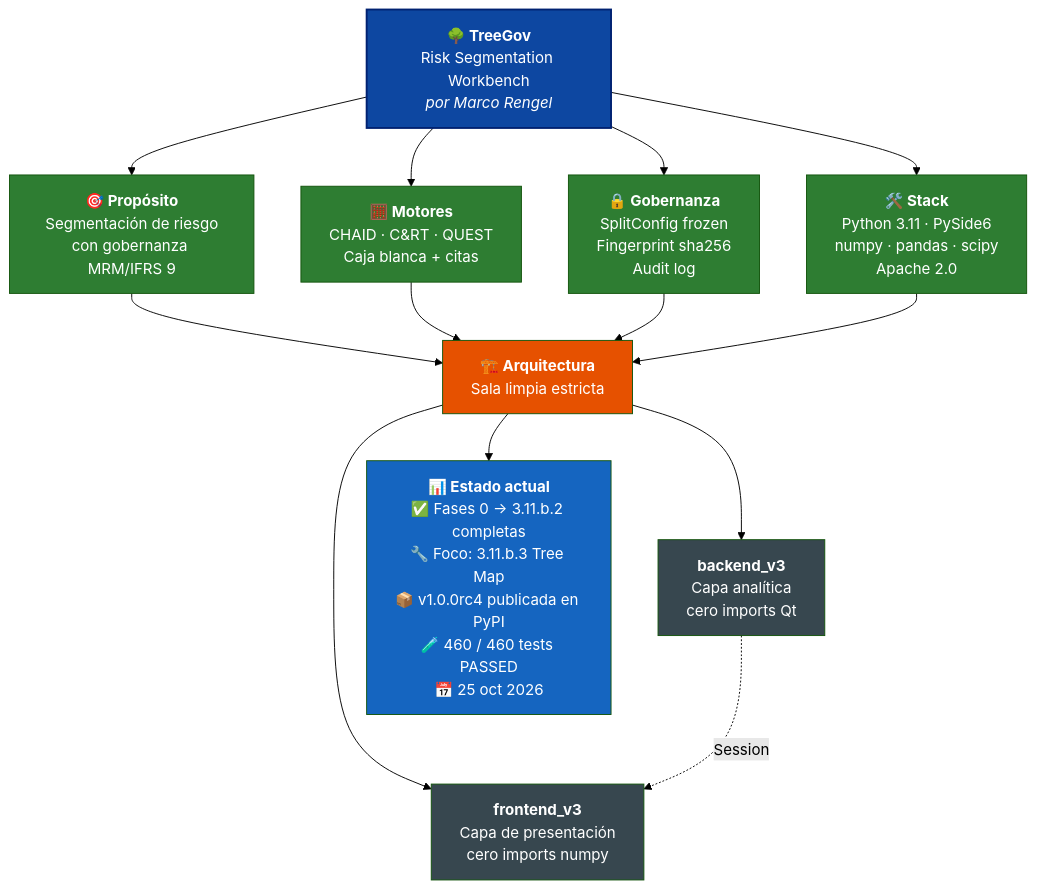
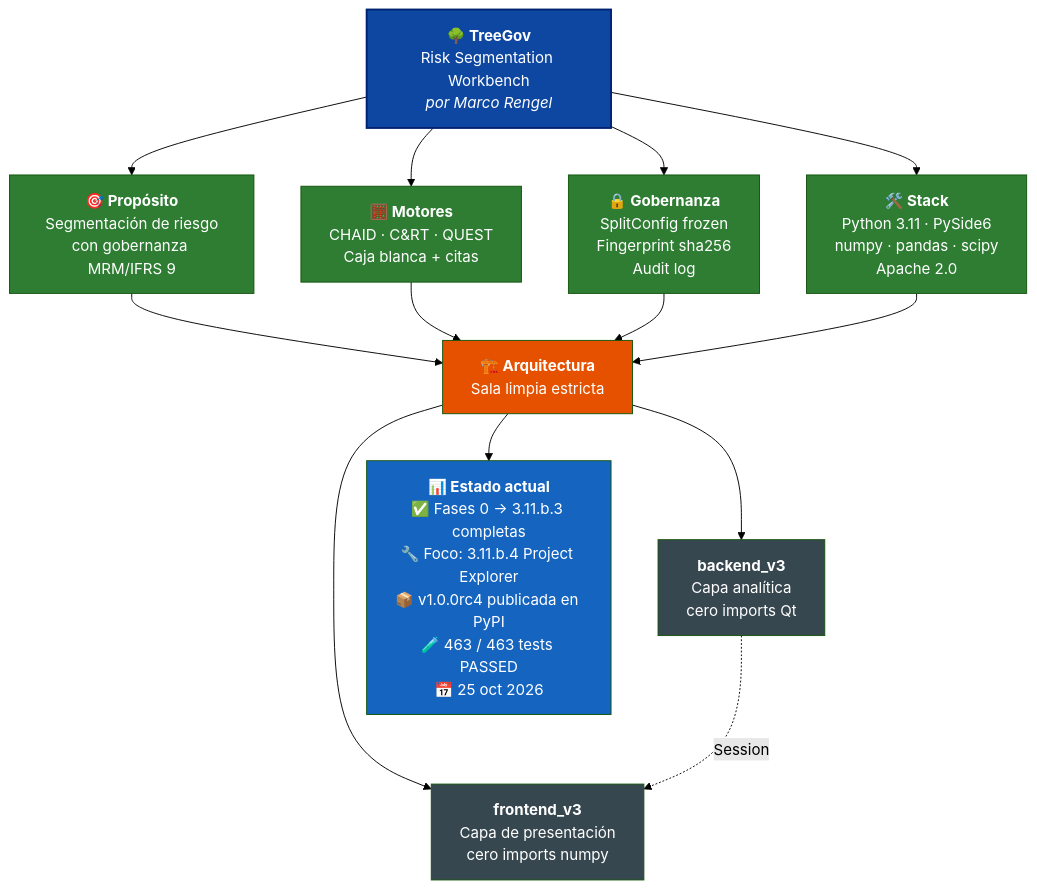
Before and after one commit to Marco-Rengel/treegov: the diagram in README.es.md, drawn with Mermaid (forest theme). The commit also changed other lines of this file and 6 other files, not shown here.

Commit message:
docs(3.11.b.3): sync documents for Tree Map (463/463)

````diff
--- a/README.es.md
+++ b/README.es.md
@@ -38,31 +38,31 @@
 ```mermaid
 flowchart TB
     TG["<b>🌳 TreeGov</b><br/>Risk Segmentation Workbench<br/><i>por Marco Rengel</i>"]
 
     TG --> P["<b>🎯 Propósito</b><br/>Segmentación de riesgo<br/>con gobernanza MRM/IFRS 9"]
     TG --> M["<b>🧮 Motores</b><br/>CHAID · C&RT · QUEST<br/>Caja blanca + citas"]
     TG --> G["<b>🔒 Gobernanza</b><br/>SplitConfig frozen<br/>Fingerprint sha256<br/>Audit log"]
     TG --> S["<b>🛠️ Stack</b><br/>Python 3.11 · PySide6<br/>numpy · pandas · scipy<br/>Apache 2.0"]
 
     P --> ARQ["<b>🏗️ Arquitectura</b><br/>Sala limpia estricta"]
     M --> ARQ
     G --> ARQ
     S --> ARQ
 
     ARQ --> BE["<b>backend_v3</b><br/>Capa analítica<br/>cero imports Qt"]
     ARQ --> FE["<b>frontend_v3</b><br/>Capa de presentación<br/>cero imports numpy"]
 
     BE -.->|Session| FE
 
-    ARQ --> ST["<b>📊 Estado actual</b><br/>✅ Fases 0 → 3.11.b.2 completas<br/>🔧 Foco: 3.11.b.3 Tree Map<br/>📦 v1.0.0rc4 publicada en PyPI<br/>🧪 460 / 460 tests PASSED<br/>📅 25 oct 2026"]
+    ARQ --> ST["<b>📊 Estado actual</b><br/>✅ Fases 0 → 3.11.b.3 completas<br/>🔧 Foco: 3.11.b.4 Project Explorer<br/>📦 v1.0.0rc4 publicada en PyPI<br/>🧪 463 / 463 tests PASSED<br/>📅 25 oct 2026"]
 
     style TG fill:#0D47A1,color:#fff,stroke:#002171,stroke-width:2px
     style P fill:#2E7D32,color:#fff
     style M fill:#2E7D32,color:#fff
     style G fill:#2E7D32,color:#fff
     style S fill:#2E7D32,color:#fff
     style ARQ fill:#E65100,color:#fff
     style BE fill:#37474F,color:#fff
     style FE fill:#37474F,color:#fff
     style ST fill:#1565C0,color:#fff
 ```
````
